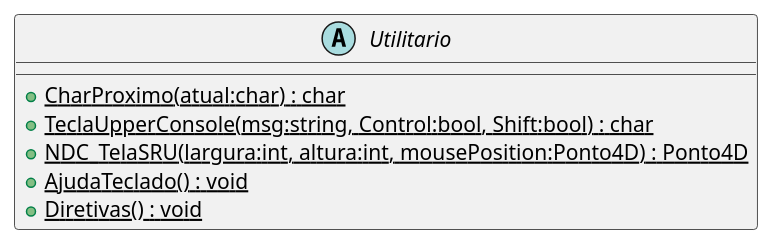
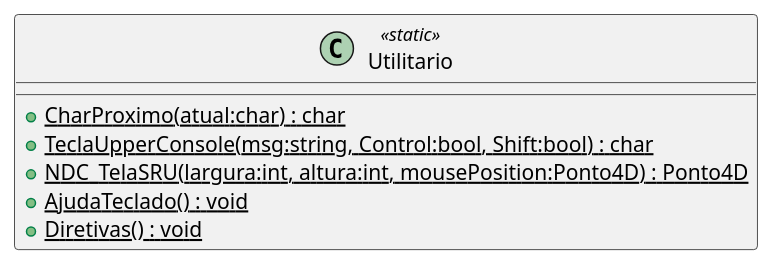
The diagram in CG_Biblioteca/plantuml/Utilitario.puml (majutestoni/disciplina_CG_2025_1), drawn with PlantUML before and after one commit. The commit also changed 181 other files, not shown here.

```diff
--- a/CG_Biblioteca/plantuml/Utilitario.puml
+++ b/CG_Biblioteca/plantuml/Utilitario.puml
@@ -1,9 +1,9 @@
 @startuml Utilitario
-abstract class Utilitario {
+class Utilitario <<static>> {
     + {static} CharProximo(atual:char) : char
     + {static} TeclaUpperConsole(msg:string, Control:bool, Shift:bool) : char
     + {static} NDC_TelaSRU(largura:int, altura:int, mousePosition:Ponto4D) : Ponto4D
     + {static} AjudaTeclado() : void
     + {static} Diretivas() : void
 }
 @enduml
```
